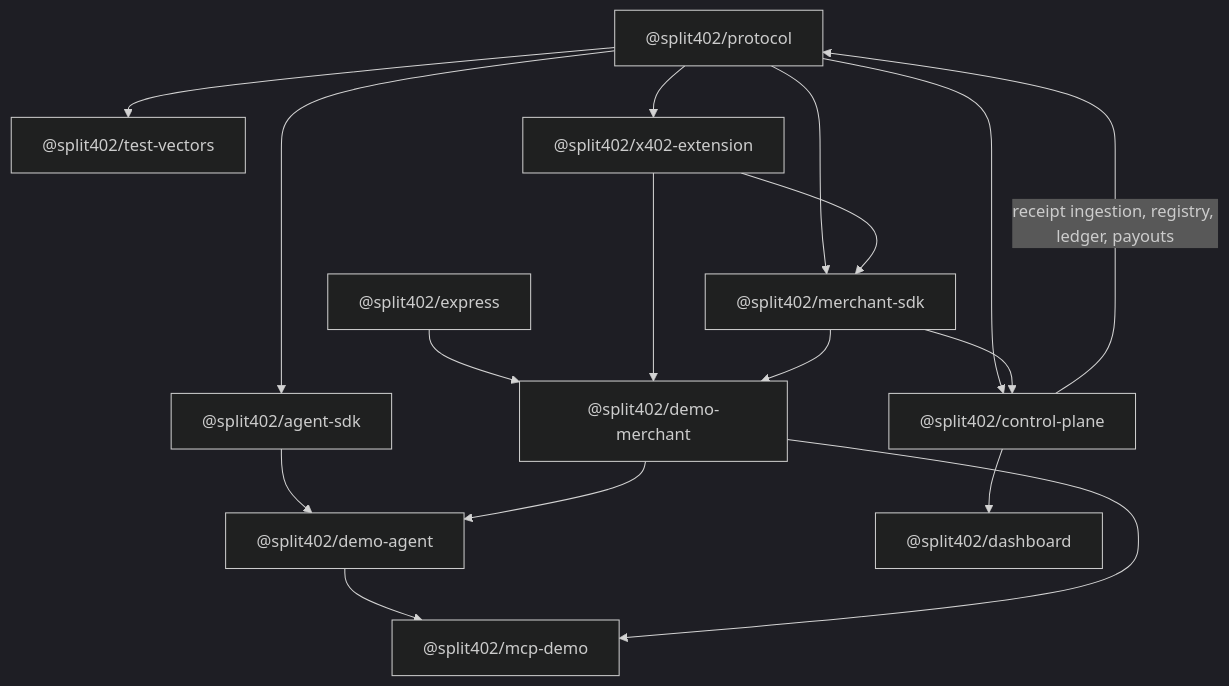
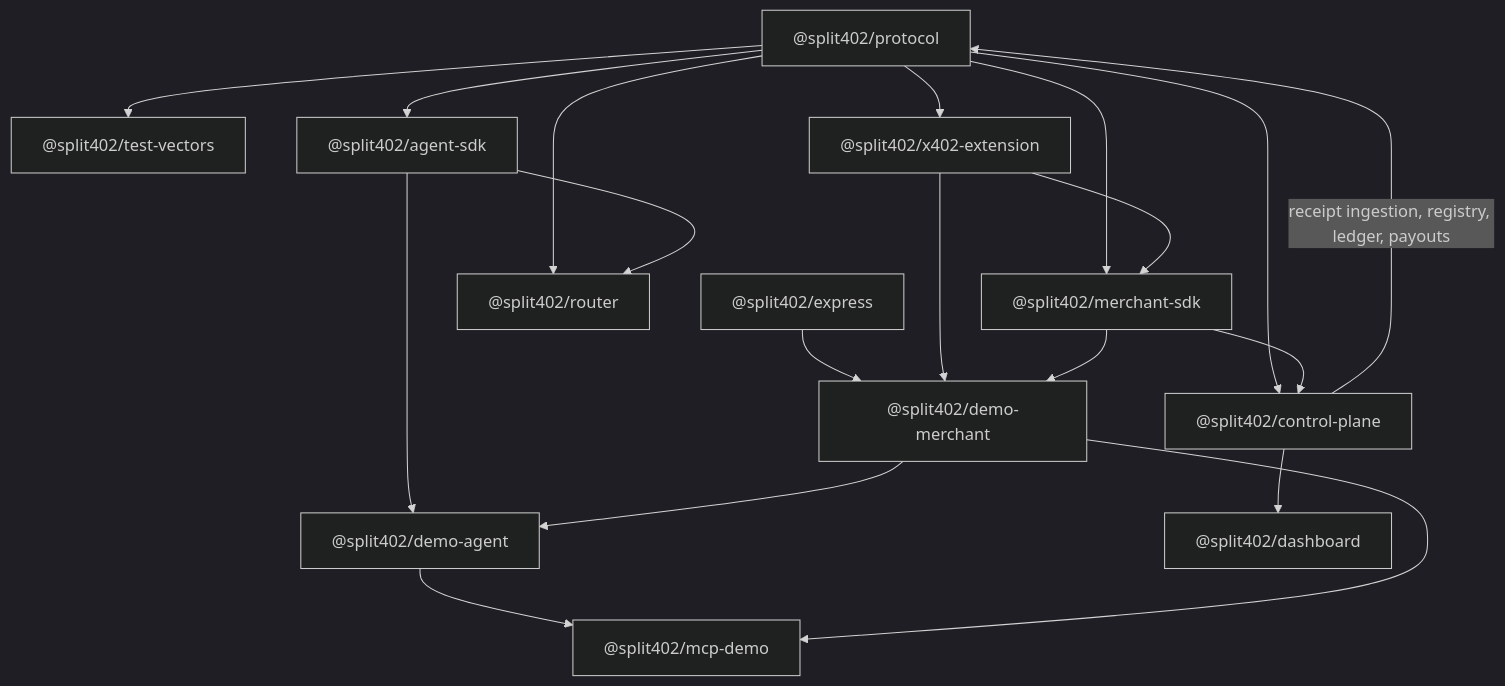
The fourth of 7 diagrams in README.md (split402protocol/splitx402), drawn with Mermaid (dark theme) before and after one commit. The commit also changed other lines of this file and 10 other files, not shown here.

````diff
--- a/README.md
+++ b/README.md
@@ -155,31 +156,34 @@
 ```mermaid
 flowchart TB
   Protocol["@split402/protocol"]
   Vectors["@split402/test-vectors"]
   Extension["@split402/x402-extension"]
   Express["@split402/express"]
   Agent["@split402/agent-sdk"]
+  Router["@split402/router"]
   MerchantSdk["@split402/merchant-sdk"]
   Merchant["@split402/demo-merchant"]
   DemoAgent["@split402/demo-agent"]
   McpDemo["@split402/mcp-demo"]
   Dashboard["@split402/dashboard"]
   Control["@split402/control-plane"]
 
   Protocol --> Vectors
   Protocol --> Extension
   Protocol --> Agent
+  Protocol --> Router
   Protocol --> MerchantSdk
   Protocol --> Control
   Express --> Merchant
   Extension --> Merchant
   Extension --> MerchantSdk
   Agent --> DemoAgent
+  Agent --> Router
   DemoAgent --> McpDemo
   MerchantSdk --> Merchant
   MerchantSdk --> Control
   Merchant --> DemoAgent
   Merchant --> McpDemo
   Control --> Dashboard
   Control -->|"receipt ingestion, registry, ledger, payouts"| Protocol
 ```
````
